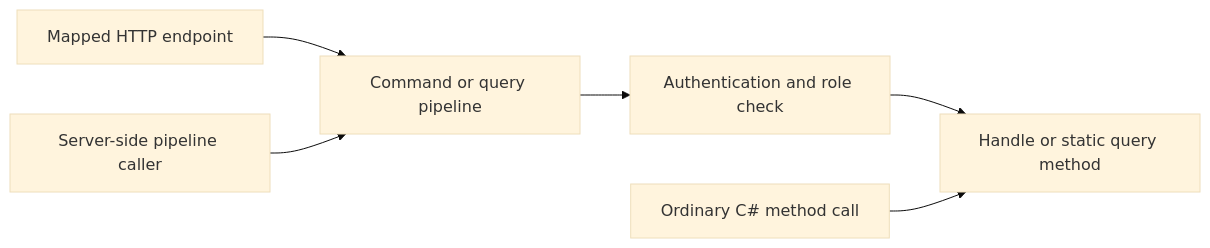
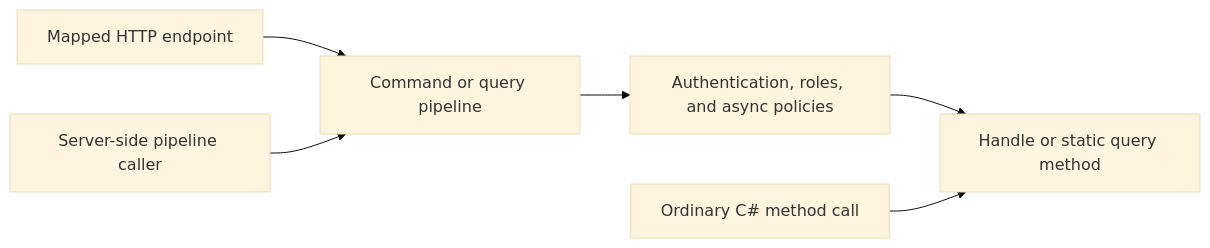
The diagram in Documentation/backend/csharp/core/authorization.md (Cratis/Arc), drawn with Mermaid (base theme) before and after one commit. The commit also changed other lines of this file and 4 other files, not shown here.

````diff
--- a/Documentation/backend/csharp/core/authorization.md
+++ b/Documentation/backend/csharp/core/authorization.md
@@ -64,8 +93,8 @@
 ```mermaid
 flowchart LR
     HTTP[Mapped HTTP endpoint] --> Pipeline[Command or query pipeline]
     Caller[Server-side pipeline caller] --> Pipeline
-    Pipeline --> Check[Authentication and role check]
+    Pipeline --> Check[Authentication, roles, and async policies]
     Check --> Logic[Handle or static query method]
     Direct[Ordinary C# method call] --> Logic
 ```
````
